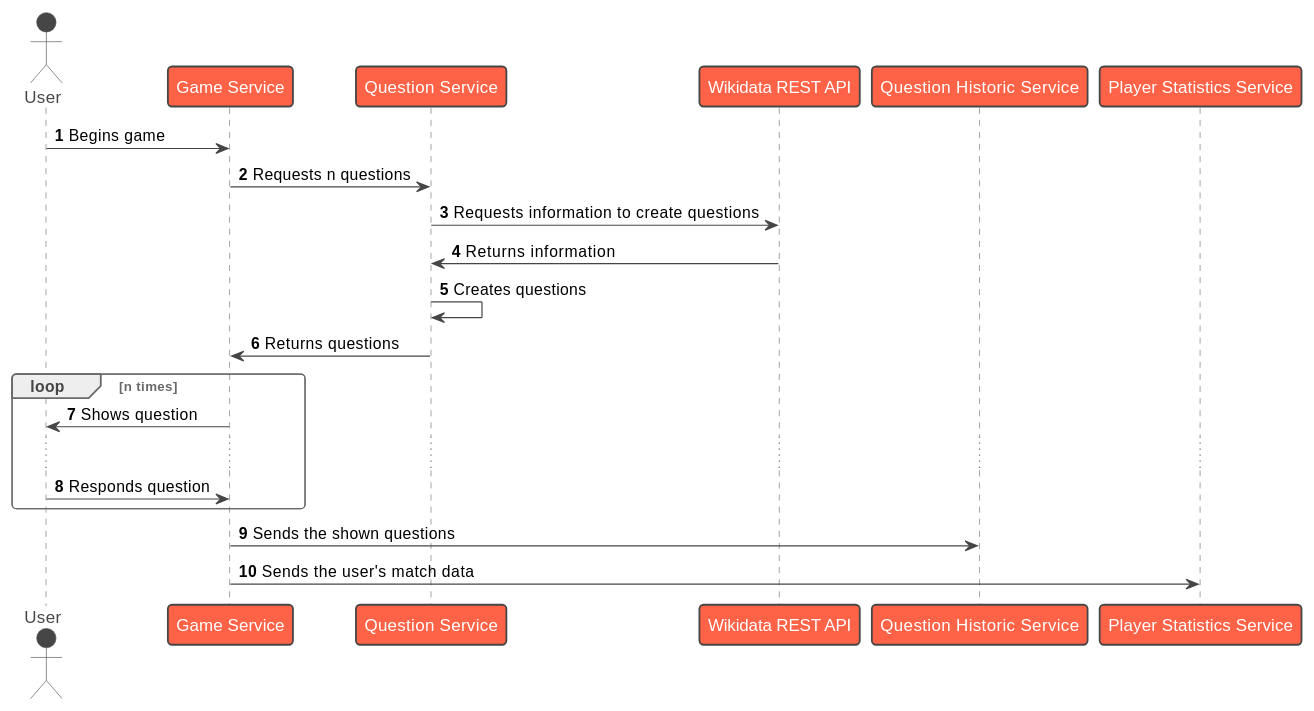
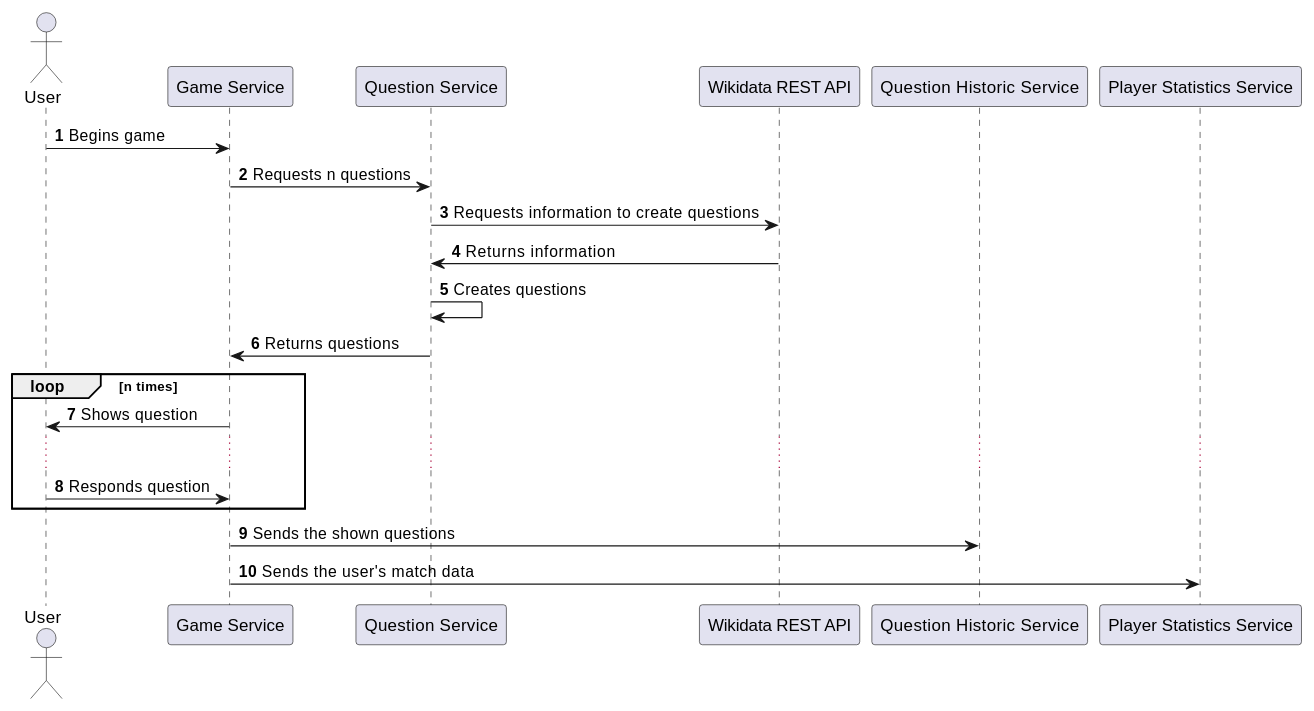
One commit to Arquisoft/wiq_es6c changed the first of 4 diagrams in docs/src/06_runtime_view.adoc. Above: the diagram before and after it, drawn with PlantUML. The commit also changed other lines of this file, not shown here.

Commit message:
Diagrams theme removed in order for them to be more cohesive with the rest of the diagrams in the documentation

```diff
--- a/docs/src/06_runtime_view.adoc
+++ b/docs/src/06_runtime_view.adoc
@@ -42,27 +42,22 @@
 [plantuml,"Question generation 1",png]
 ----
-
-@startuml
-!theme vibrant
 autonumber
 
 actor "User" as user
 
 user -> "Game Service": Begins game
 "Game Service" -> "Question Service" : Requests n questions
 "Question Service" -> "Wikidata REST API" : Requests information to create questions
 "Wikidata REST API" -> "Question Service" : Returns information
 "Question Service" -> "Question Service" : Creates questions
 "Question Service" -> "Game Service" : Returns questions
 
 loop n times
     "Game Service" -> user : Shows question
     …
     user -> "Game Service" : Responds question
 end
 
 "Game Service" -> "Question Historic Service" : Sends the shown questions
 "Game Service" -> "Player Statistics Service" : Sends the  user's match data
-@enduml 
-
 ----
```
